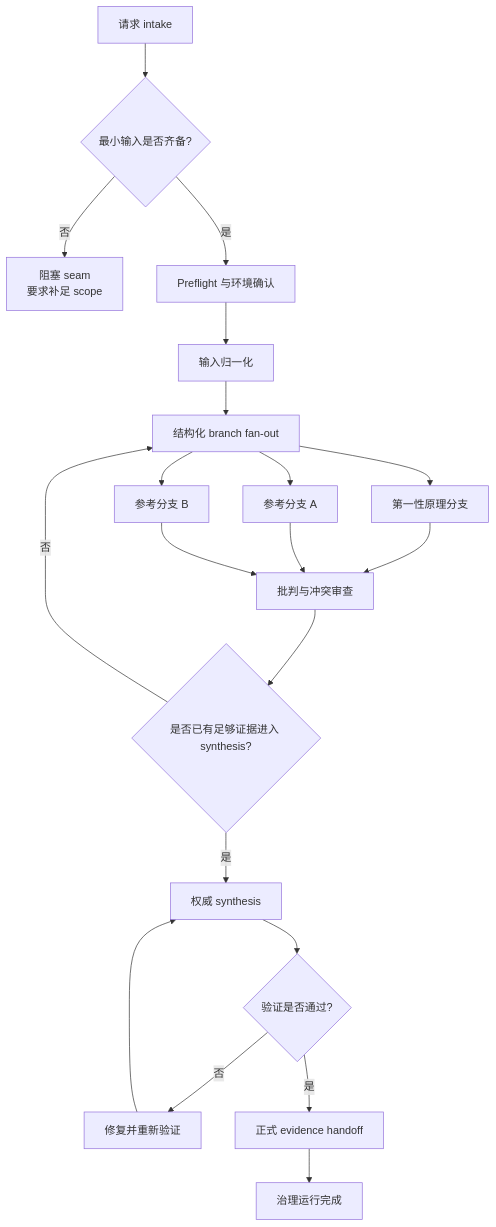
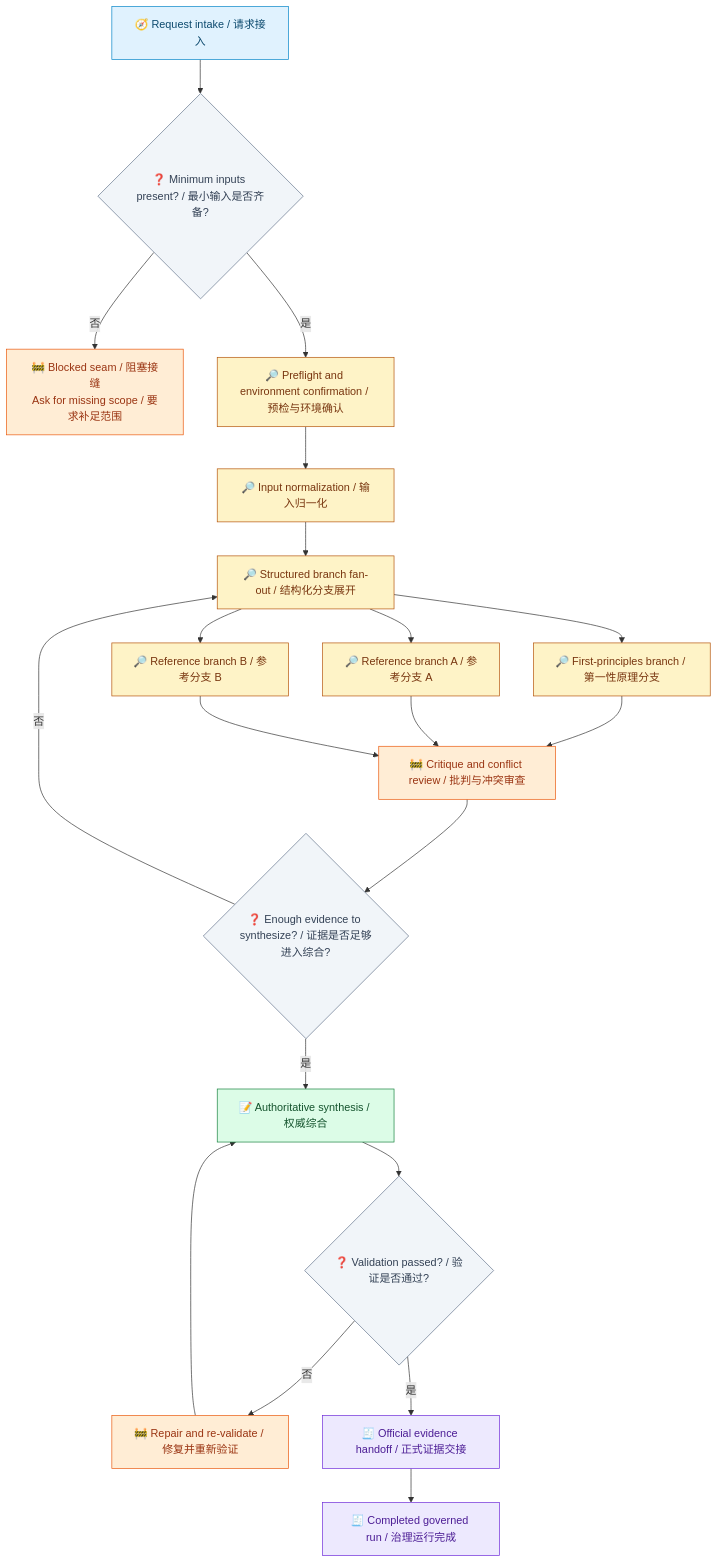
Before and after one commit to waynebaby/Techne-Loom: the first of 2 diagrams in docs/zh-cn/examples/so-enhanced-skill-run.md, drawn with Mermaid. The commit also changed other lines of this file and 19 other files, not shown here.

Commit message:
Standardize Mermaid accessibility across docs

````diff
--- a/docs/zh-cn/examples/so-enhanced-skill-run.md
+++ b/docs/zh-cn/examples/so-enhanced-skill-run.md
@@ -32,22 +34,36 @@
 ```mermaid
 flowchart TD
-    A[请求 intake] --> B{最小输入是否齐备?}
-    B -- 否 --> B1[阻塞 seam\n要求补足 scope]
-    B -- 是 --> C[Preflight 与环境确认]
-    C --> D[输入归一化]
-    D --> E[结构化 branch fan-out]
-    E --> E1[第一性原理分支]
-    E --> E2[参考分支 A]
-    E --> E3[参考分支 B]
-    E1 --> F[批判与冲突审查]
+    A[🧭 Request intake / 请求接入] --> B{❓ Minimum inputs present? / 最小输入是否齐备?}
+    B -- 否 --> B1[🚧 Blocked seam / 阻塞接缝\nAsk for missing scope / 要求补足范围]
+    B -- 是 --> C[🔎 Preflight and environment confirmation / 预检与环境确认]
+    C --> D[🔎 Input normalization / 输入归一化]
+    D --> E[🔎 Structured branch fan-out / 结构化分支展开]
+    E --> E1[🔎 First-principles branch / 第一性原理分支]
+    E --> E2[🔎 Reference branch A / 参考分支 A]
+    E --> E3[🔎 Reference branch B / 参考分支 B]
+    E1 --> F[🚧 Critique and conflict review / 批判与冲突审查]
     E2 --> F
     E3 --> F
-    F --> G{是否已有足够证据进入 synthesis?}
+    F --> G{❓ Enough evidence to synthesize? / 证据是否足够进入综合?}
     G -- 否 --> E
-    G -- 是 --> H[权威 synthesis]
-    H --> I{验证是否通过?}
-    I -- 否 --> J[修复并重新验证]
+    G -- 是 --> H[📝 Authoritative synthesis / 权威综合]
+    H --> I{❓ Validation passed? / 验证是否通过?}
+    I -- 否 --> J[🚧 Repair and re-validate / 修复并重新验证]
     J --> H
-    I -- 是 --> K[正式 evidence handoff]
-    K --> L[治理运行完成]
+    I -- 是 --> K[🧾 Official evidence handoff / 正式证据交接]
+    K --> L[🧾 Completed governed run / 治理运行完成]
+
+    classDef intake fill:#E0F2FE,stroke:#0284C7,color:#0C4A6E;
+    classDef branch fill:#FEF3C7,stroke:#B45309,color:#78350F;
+    classDef review fill:#FFEDD5,stroke:#EA580C,color:#9A3412;
+    classDef synth fill:#DCFCE7,stroke:#15803D,color:#14532D;
+    classDef evidence fill:#EDE9FE,stroke:#6D28D9,color:#4C1D95;
+    classDef decision fill:#F1F5F9,stroke:#64748B,color:#334155;
+
+    class A intake;
+    class C,D,E,E1,E2,E3 branch;
+    class B1,F,J review;
+    class H synth;
+    class K,L evidence;
+    class B,G,I decision;
 ```
````
